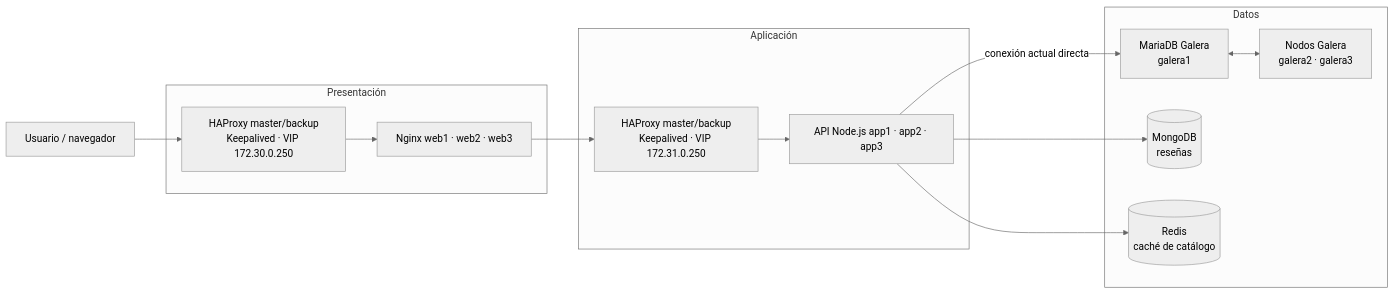
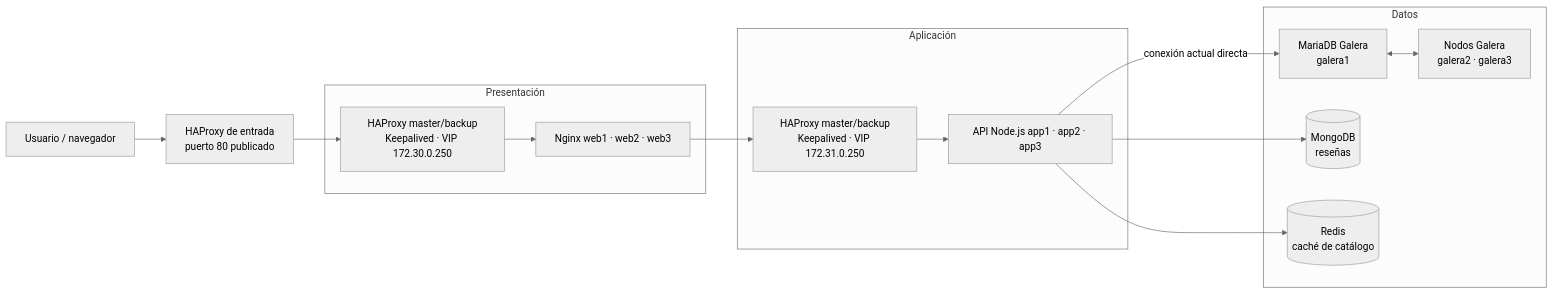
One commit to SrMeme64/distributedsystems changed the diagram in README.md. Above: the diagram before and after it, drawn with Mermaid (neutral theme). The commit also changed other lines of this file and 10 other files, not shown here.

````diff
--- a/README.md
+++ b/README.md
@@ -28,26 +28,27 @@
 ```mermaid
 flowchart LR
     cliente[Usuario / navegador]
+    entry["HAProxy de entrada<br/>puerto 80 publicado"]
     subgraph presentacion["Presentación"]
         haprP["HAProxy master/backup<br/>Keepalived · VIP 172.30.0.250"]
         web["Nginx web1 · web2 · web3"]
         haprP --> web
     end
     subgraph aplicacion["Aplicación"]
         haprA["HAProxy master/backup<br/>Keepalived · VIP 172.31.0.250"]
         api["API Node.js app1 · app2 · app3"]
         haprA --> api
     end
     subgraph datos["Datos"]
         galera1["MariaDB Galera<br/>galera1"]
         galeraRest["Nodos Galera<br/>galera2 · galera3"]
         mongo[(MongoDB<br/>reseñas)]
         redis[(Redis<br/>caché de catálogo)]
         galera1 <--> galeraRest
     end
-    cliente --> haprP
+    cliente --> entry --> haprP
     web --> haprA
     api -->|"conexión actual directa"| galera1
     api --> mongo
     api --> redis
 ```
````
